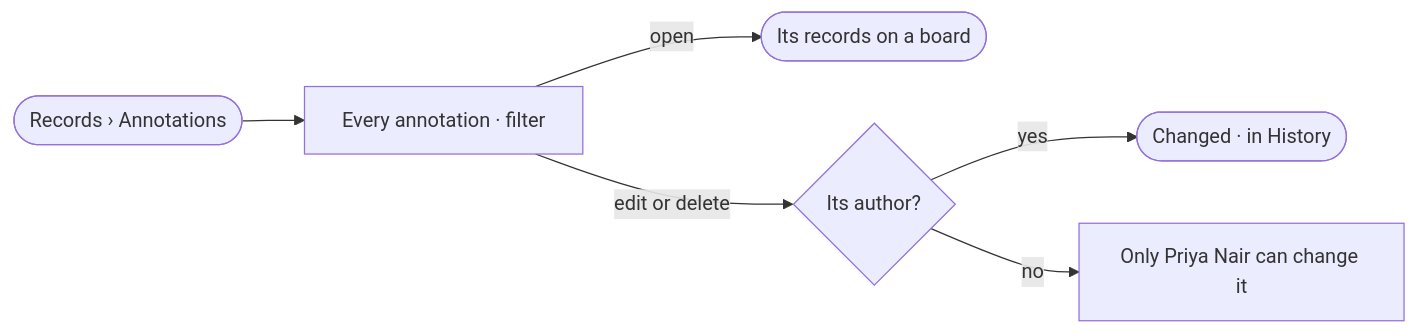
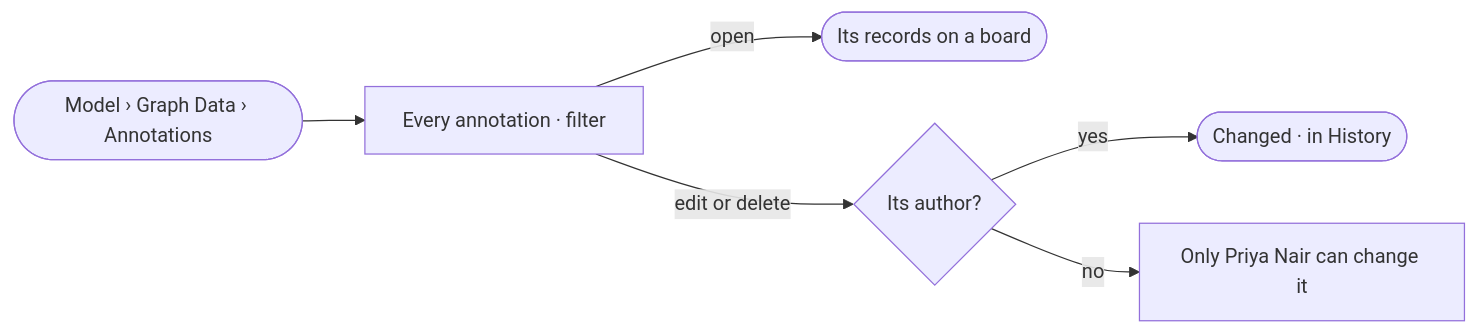
The diagram in specs/capabilities/records/features/RC-F07-annotations/stories/RC-07-find-and-manage-the-graphs-annotations/story.md (invana/invana), drawn with Mermaid before and after one commit. The commit also changed 133 other files, not shown here.

````diff
--- a/specs/capabilities/records/features/RC-F07-annotations/stories/RC-07-find-and-manage-the-graphs-annotations/story.md
+++ b/specs/capabilities/records/features/RC-F07-annotations/stories/RC-07-find-and-manage-the-graphs-annotations/story.md
@@ -27,8 +27,8 @@
 ```mermaid
 flowchart LR
-  a([Records › Annotations]) --> l[Every annotation · filter]
+  a([Model › Graph Data › Annotations]) --> l[Every annotation · filter]
   l -->|open| b([Its records on a board])
   l -->|edit or delete| d{Its author?}
   d -->|yes| ok([Changed · in History])
   d -->|no| x[Only Priya Nair can change it]
 ```
````
